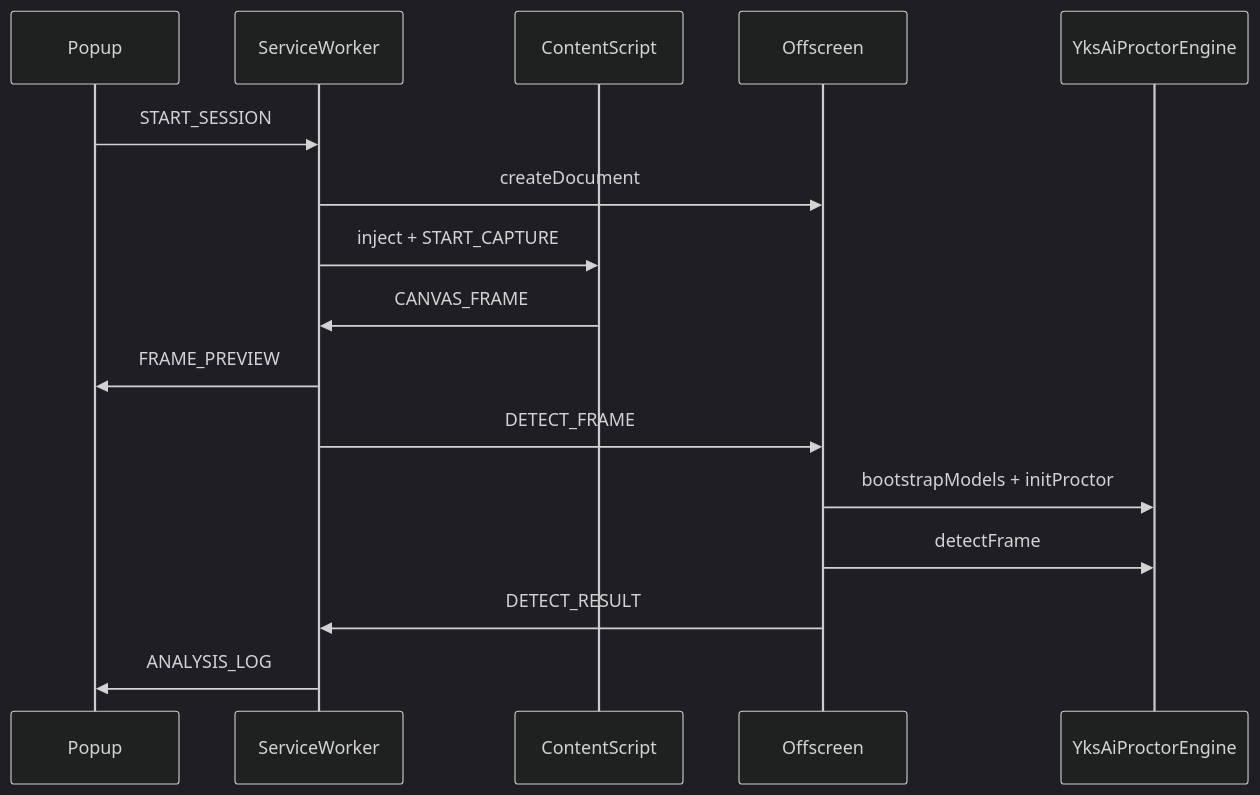
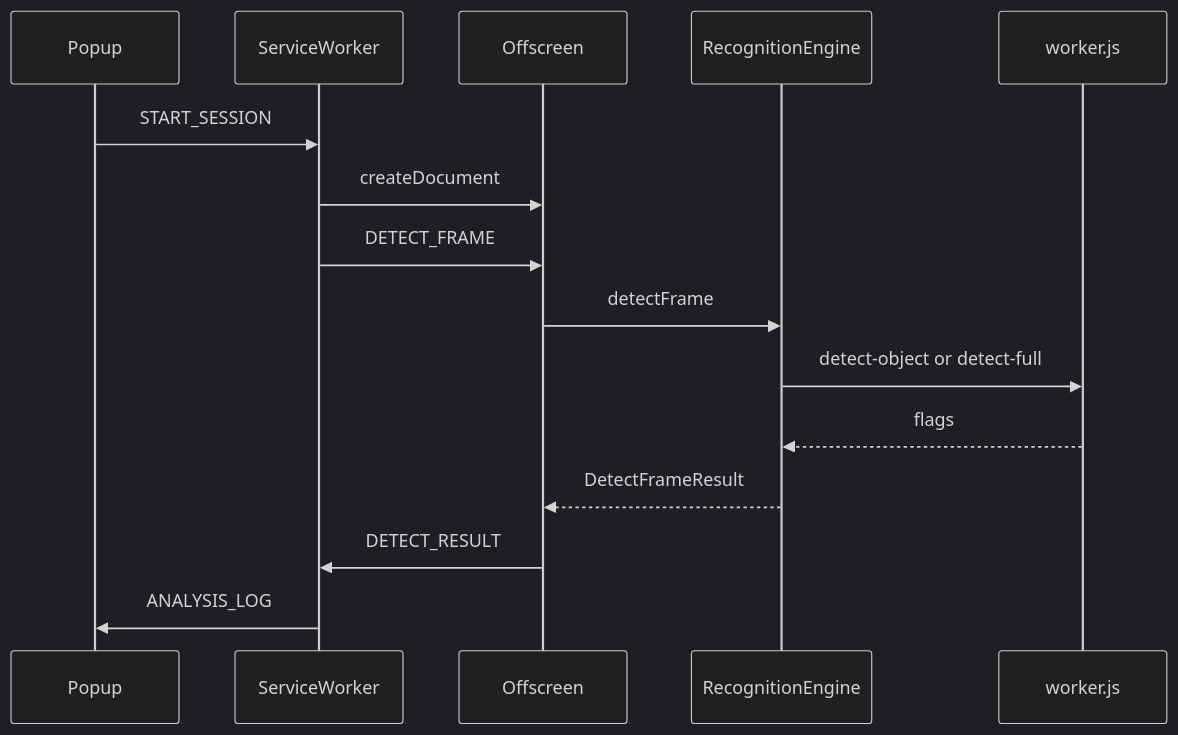
Before and after one commit to SoundShar/aiExtension: the diagram in docs/architecture.md, drawn with Mermaid (dark theme). The commit also changed other lines of this file and 25 other files, not shown here.

````diff
--- a/docs/architecture.md
+++ b/docs/architecture.md
@@ -55,19 +53,18 @@
 ```mermaid
 sequenceDiagram
   participant Popup
   participant SW as ServiceWorker
-  participant CS as ContentScript
   participant OS as Offscreen
-  participant Engine as YksAiProctorEngine
+  participant Engine as RecognitionEngine
+  participant Worker as worker.js
 
   Popup->>SW: START_SESSION
   SW->>OS: createDocument
-  SW->>CS: inject + START_CAPTURE
-  CS->>SW: CANVAS_FRAME
-  SW->>Popup: FRAME_PREVIEW
   SW->>OS: DETECT_FRAME
-  OS->>Engine: bootstrapModels + initProctor
   OS->>Engine: detectFrame
+  Engine->>Worker: detect-object or detect-full
+  Worker-->>Engine: flags
+  Engine-->>OS: DetectFrameResult
   OS->>SW: DETECT_RESULT
   SW->>Popup: ANALYSIS_LOG
 ```
````
